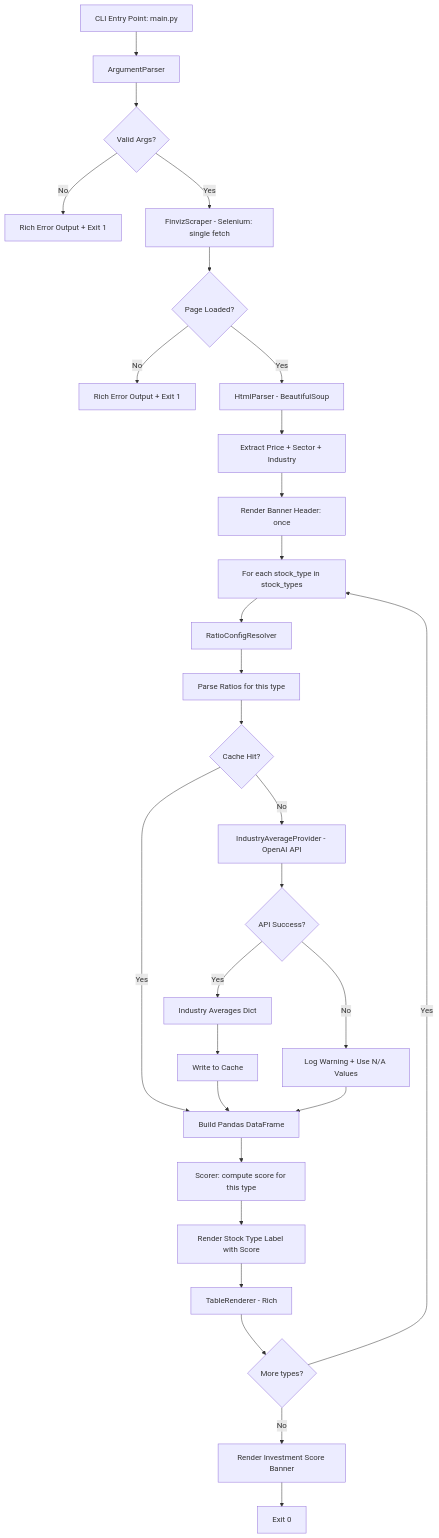
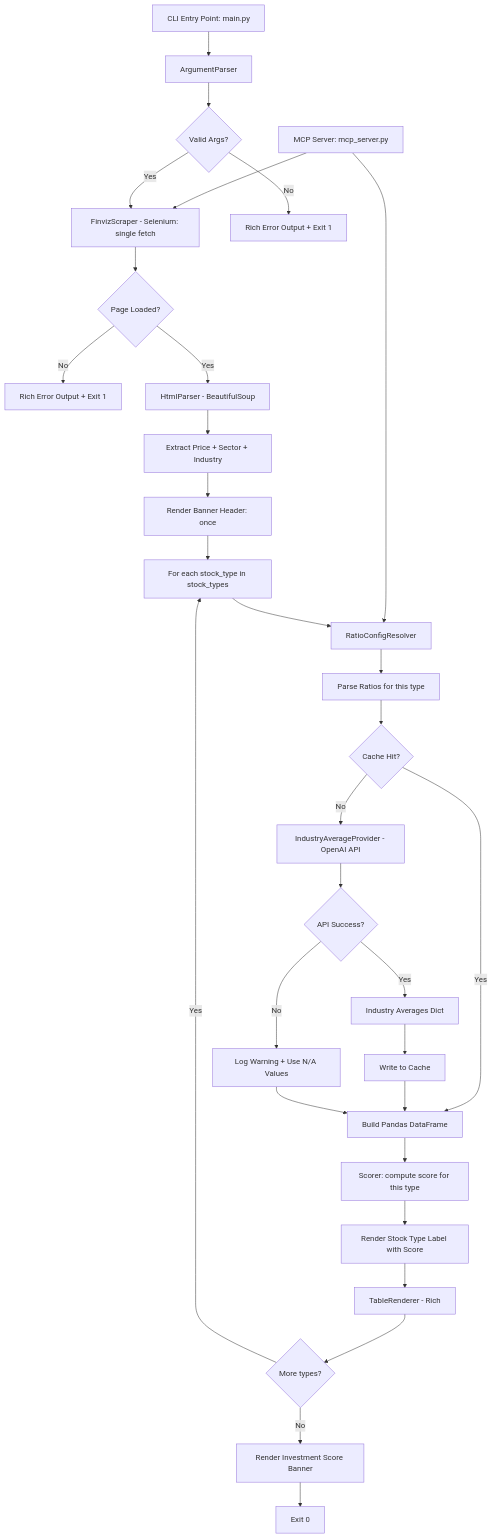
The diagram in .kiro/specs/stock-screener/design.md (diabolicalgaming/mcp-kiro-stock-screener), drawn with Mermaid before and after one commit. The commit also changed other lines of this file and 1 other file, not shown here.

Commit message:
section for MCP server implementation added to design and tasks markdown in spec

````diff
--- a/.kiro/specs/stock-screener/design.md
+++ b/.kiro/specs/stock-screener/design.md
@@ -22,31 +22,33 @@
 ```mermaid
 flowchart TD
     A[CLI Entry Point: main.py] --> B[ArgumentParser]
+    MCP[MCP Server: mcp_server.py] --> F
+    MCP --> E
     B --> C{Valid Args?}
     C -- No --> D[Rich Error Output + Exit 1]
     C -- Yes --> F[FinvizScraper - Selenium: single fetch]
     F --> G{Page Loaded?}
     G -- No --> H[Rich Error Output + Exit 1]
     G -- Yes --> I[HtmlParser - BeautifulSoup]
     I --> SI[Extract Price + Sector + Industry]
     SI --> HDR[Render Banner Header: once]
     HDR --> LOOP[For each stock_type in stock_types]
     LOOP --> E[RatioConfigResolver]
     E --> PR[Parse Ratios for this type]
     PR --> CA{Cache Hit?}
     CA -- Yes --> N[Build Pandas DataFrame]
     CA -- No --> J[IndustryAverageProvider - OpenAI API]
     J --> K{API Success?}
     K -- No --> L[Log Warning + Use N/A Values]
     K -- Yes --> M[Industry Averages Dict]
     M --> CB[Write to Cache]
     CB --> N
     L --> N
     N --> SC[Scorer: compute score for this type]
     SC --> LBL[Render Stock Type Label with Score]
     LBL --> O[TableRenderer - Rich]
     O --> NEXT{More types?}
     NEXT -- Yes --> LOOP
     NEXT -- No --> BNR[Render Investment Score Banner]
     BNR --> P[Exit 0]
 ```
````
